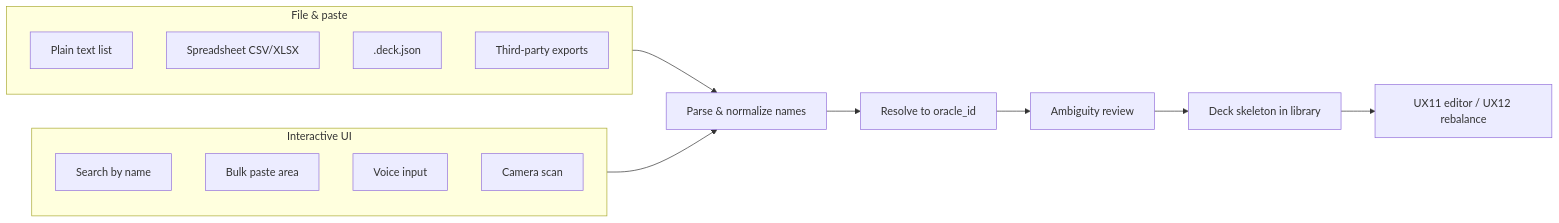
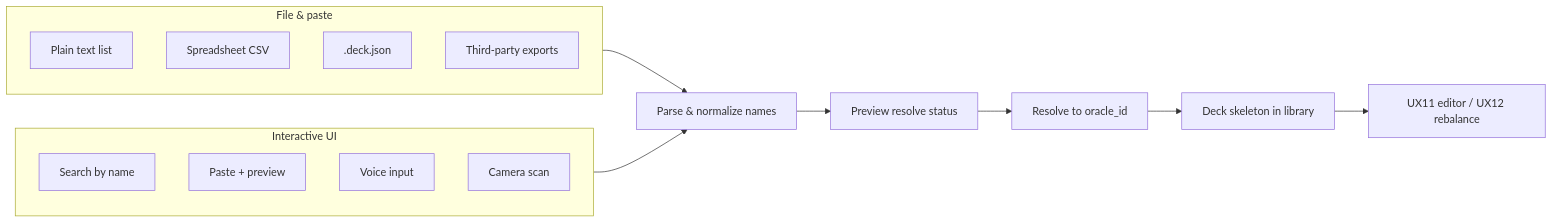
One commit to danielhood/mtg-deck-tools changed the diagram in docs/specs/product/deck-input.md. Above: the diagram before and after it, drawn with Mermaid. The commit also changed other lines of this file and 5 other files, not shown here.

First line of the commit message:
docs(planning): activate UX13c import preview with status and roadmap analysis (#117)

````diff
--- a/docs/specs/product/deck-input.md
+++ b/docs/specs/product/deck-input.md
@@ -31,23 +50,23 @@
 ```mermaid
 flowchart LR
   subgraph files [File & paste]
     TXT[Plain text list]
-    CSV[Spreadsheet CSV/XLSX]
+    CSV[Spreadsheet CSV]
     JSON[.deck.json]
     EXT[Third-party exports]
   end
 
   subgraph interactive [Interactive UI]
     SEARCH[Search by name]
-    PASTE[Bulk paste area]
+    PASTE[Paste + preview]
     VOICE[Voice input]
     SCAN[Camera scan]
   end
 
   files --> PARSE[Parse & normalize names]
   interactive --> PARSE
-  PARSE --> RESOLVE[Resolve to oracle_id]
-  RESOLVE --> REVIEW[Ambiguity review]
-  REVIEW --> DECK[Deck skeleton in library]
+  PARSE --> PREVIEW[Preview resolve status]
+  PREVIEW --> RESOLVE[Resolve to oracle_id]
+  RESOLVE --> DECK[Deck skeleton in library]
   DECK --> EDIT[UX11 editor / UX12 rebalance]
 ```
````
